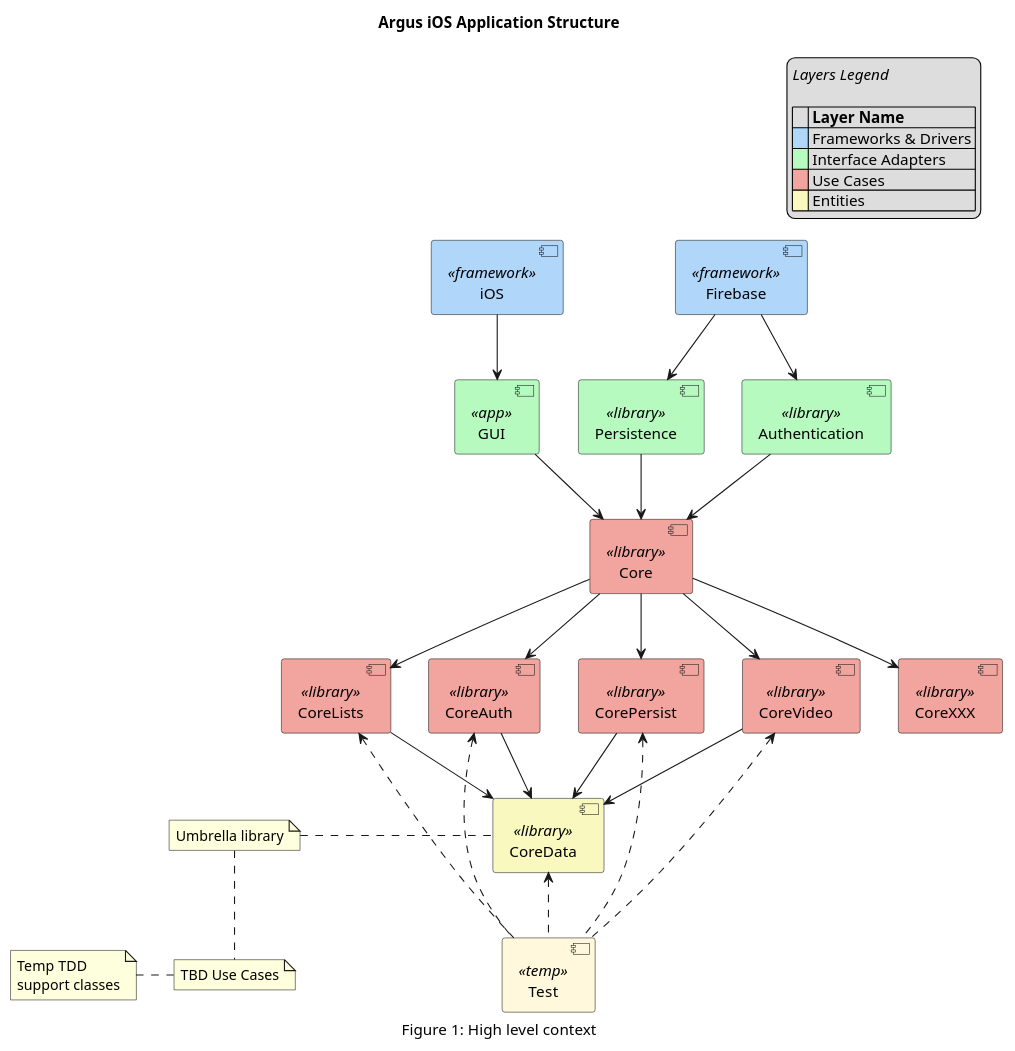
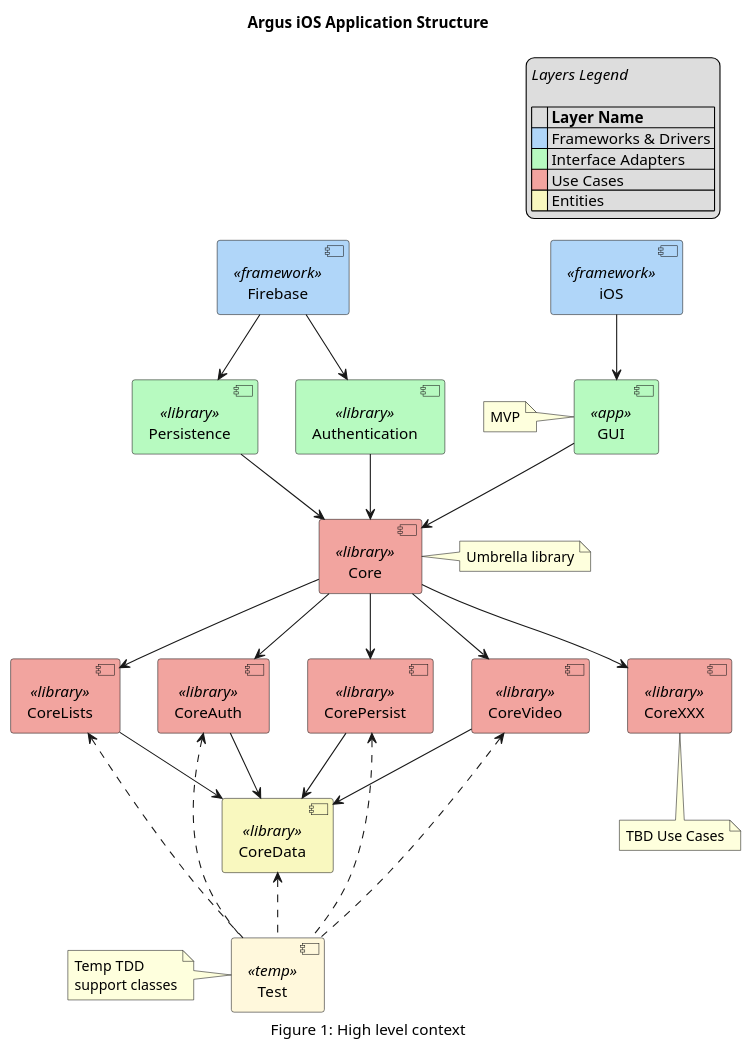
Before and after one commit to pajato/ArgusCoreSiX: the diagram in notes.org, drawn with PlantUML. The commit also changed 1 other file, not shown here.

Commit message:
Enhance and organize structure diagram source code.

```diff
--- a/notes.org
+++ b/notes.org
@@ -2,52 +2,61 @@
 #+begin_src plantuml :file context.png
 caption Figure 1: High level context
 title Argus iOS Application Structure
 
 legend top right
 <i>Layers Legend</i>
 
 | |= Layer Name |
 |<back:#B0D6F9>    </back>| Frameworks & Drivers |
 |<back:#B7FAC0>    </back>| Interface Adapters |
 |<back:#F2A49F>    </back>| Use Cases |
 |<back:#F9F8BF>    </back>| Entities |
 endlegend
 
 [iOS] <<framework>> #B0D6F9
+[Firebase] <<framework>> #B0D6F9
+
 [GUI] <<app>> #B7FAC0
-[Firebase] <<framework>> #B0D6F9
-[Core] <<library>> #F2A49F
 [Authentication] <<library>> #B7FAC0
 [Persistence] <<library>> #B7FAC0
-[Test] <<temp>> #Cornsilk
+
+[Core] <<library>> #F2A49F
 [CoreAuth] <<library>> #F2A49F
 [CorePersist] <<library>> #F2A49F
 [CoreVideo] <<library>> #F2A49F
 [CoreLists] <<library>> #F2A49F
 [CoreXXX] <<library>> #F2A49F
 [CoreData] <<library>> #F9F8BF
 
+[Test] <<temp>> #Cornsilk
+
 [iOS] --> [GUI]
 [Firebase] --> [Authentication]
 [Firebase] --> [Persistence]
+
 [GUI] --> [Core]
-note left : Umbrella library
 [Authentication] --> [Core]
 [Persistence] --> [Core]
+
 [Core] --> [CoreAuth]
 [Core] --> [CoreLists]
 [Core] --> [CorePersist]
 [Core] --> [CoreVideo]
 [Core] --> [CoreXXX]
-note bottom : TBD Use Cases
+
+[CoreAuth] --> [CoreData]
+[CorePersist] --> [CoreData]
+[CoreVideo] --> [CoreData]
+[CoreLists] --> [CoreData]
+
 [CoreAuth] <.. [Test]
 [CorePersist] <.. [Test]
 [CoreVideo] <.. [Test]
 [CoreLists] <.. [Test]
 [CoreData] <.. [Test]
-note left : Temp TDD\nsupport classes
-[CoreAuth] --> [CoreData]
-[CorePersist] --> [CoreData]
-[CoreVideo] --> [CoreData]
-[CoreLists] --> [CoreData]
+
+note right of [Core] : Umbrella library
+note bottom of [CoreXXX] : TBD Use Cases
+note left of [Test] : Temp TDD\nsupport classes
+note left of [GUI] : MVP
 #+end_src
```
